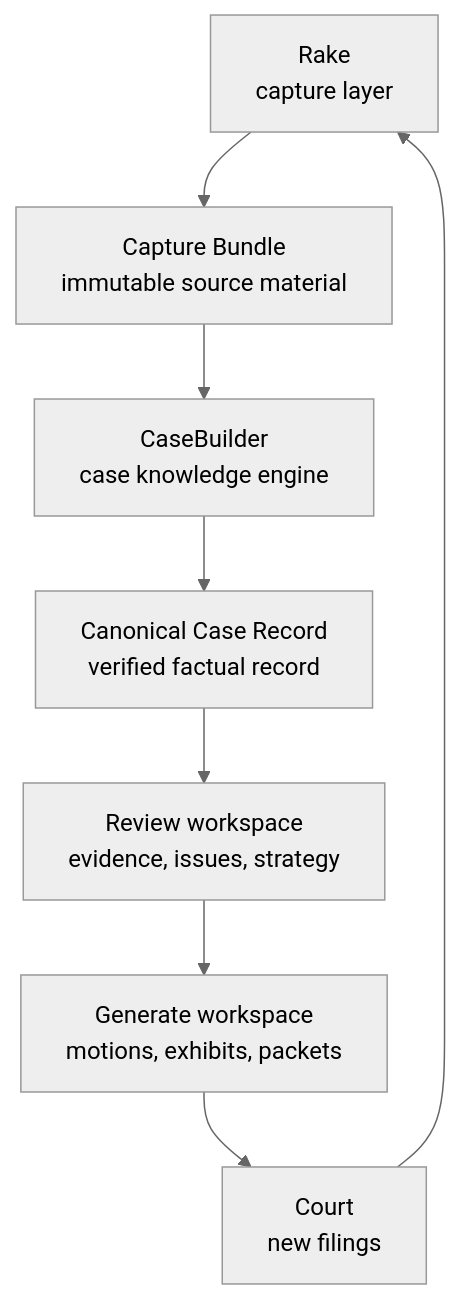
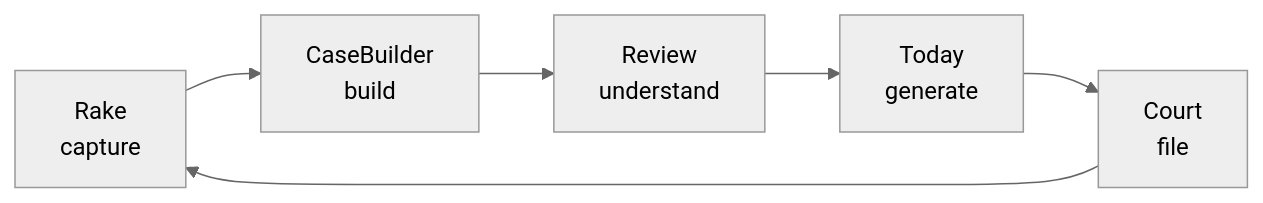
Before and after one commit to jwogrady/casebuilder: the fourth of 4 diagrams in README.md, drawn with Mermaid (neutral theme). The commit also changed other lines of this file, not shown here.

Commit message:
docs: make CaseBuilder product identity sharper

````diff
--- a/README.md
+++ b/README.md
@@ -62,18 +189,8 @@
 ```mermaid
-flowchart TD
-    Rake[Rake<br/>capture layer]
-    CaptureBundle[Capture Bundle<br/>immutable source material]
-    Builder[CaseBuilder<br/>case knowledge engine]
-    Record[Canonical Case Record<br/>verified factual record]
-    Review[Review workspace<br/>evidence, issues, strategy]
-    Generate[Generate workspace<br/>motions, exhibits, packets]
-    Court[Court<br/>new filings]
-
-    Rake --> CaptureBundle
-    CaptureBundle --> Builder
-    Builder --> Record
-    Record --> Review
-    Review --> Generate
-    Generate --> Court
+flowchart LR
+    Rake[Rake<br/>capture] --> Builder[CaseBuilder<br/>build]
+    Builder --> Review[Review<br/>understand]
+    Review --> Today[Today<br/>generate]
+    Today --> Court[Court<br/>file]
     Court --> Rake
 ```
````
